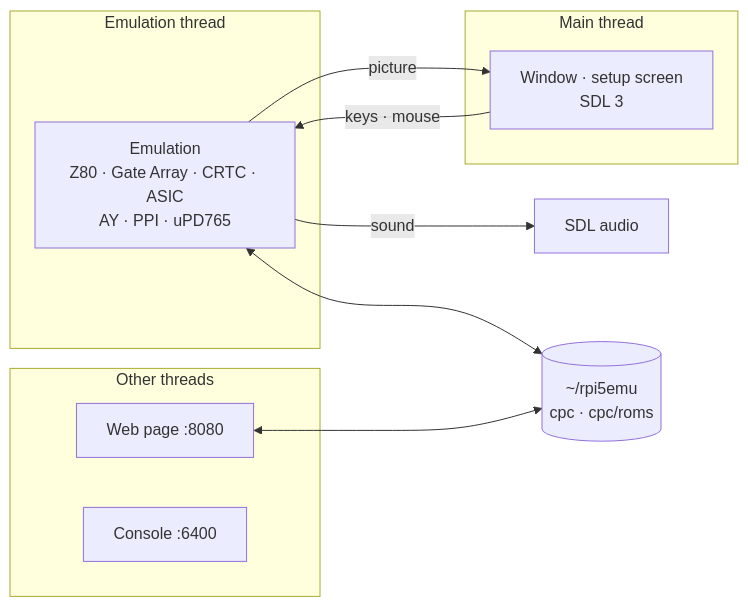
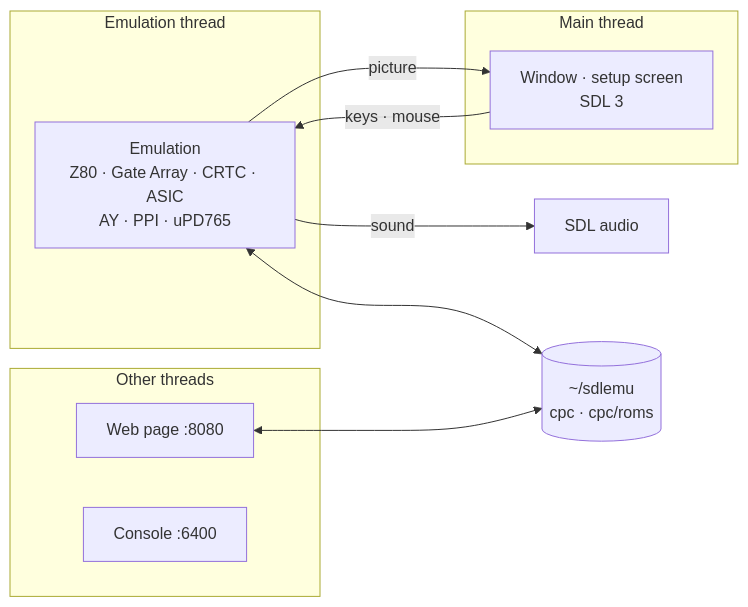
One commit to rlucencic/sdlcpc changed the diagram in README.md. Above: the diagram before and after it, drawn with Mermaid. The commit also changed other lines of this file and 3 other files, not shown here.

````diff
--- a/README.md
+++ b/README.md
@@ -161,19 +158,19 @@
 ```mermaid
 flowchart LR
   subgraph emu [Emulation thread]
     EMU["Emulation<br>Z80 · Gate Array · CRTC · ASIC<br>AY · PPI · uPD765"]
   end
   subgraph main [Main thread]
     WIN["Window · setup screen<br>SDL 3"]
   end
   subgraph others [Other threads]
     WEB[Web page :8080]
     CON[Console :6400]
   end
   EMU -- picture --> WIN
   EMU -- sound --> SND[SDL audio]
   WIN -- keys · mouse --> EMU
-  DATA[("~/rpi5emu<br>cpc · cpc/roms")]
+  DATA[("~/sdlemu<br>cpc · cpc/roms")]
   EMU <--> DATA
   WEB <--> DATA
 ```
````
